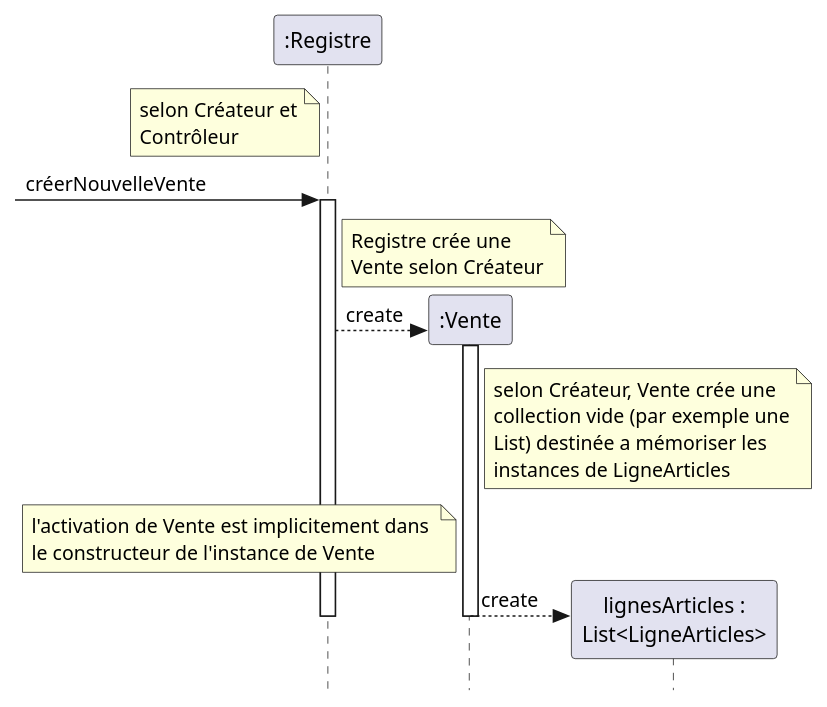
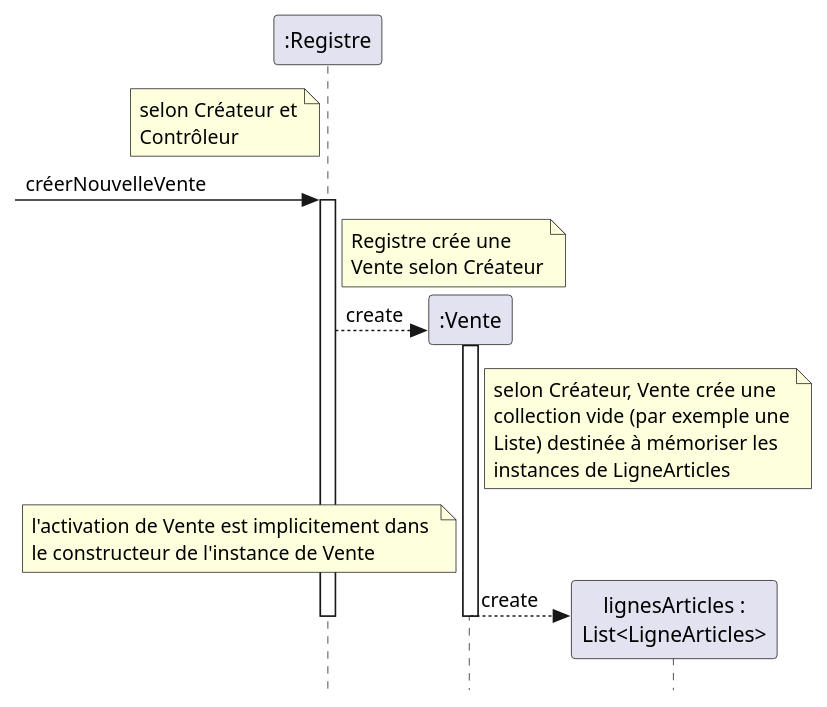
The third of 6 diagrams in Exercice_Coder_des_méthodes_des_DS.qmd (fuhrmanator/log210-ndc-quarto), drawn with PlantUML before and after one commit. The commit also changed other lines of this file and 2 other files, not shown here.

````diff
--- a/Exercice_Coder_des_méthodes_des_DS.qmd
+++ b/Exercice_Coder_des_méthodes_des_DS.qmd
@@ -76,30 +76,30 @@
     ```{.plantuml}
     @startuml
     skinparam style strictuml
     scale 1.0
     participant ":Registre" as r
     note left of r : selon Créateur et\nContrôleur
     ->r : créerNouvelleVente
     activate r
     note right of r : Registre crée une\nVente selon Créateur
     participant ":Vente" as s
     create s
     r-->s : create
     activate s
     note right of s
     selon Créateur, Vente crée une 
     collection vide (par exemple une
-    List) destinée a mémoriser les
+    Liste) destinée à mémoriser les
     instances de LigneArticles
     end note
     note left of s
     l'activation de Vente est implicitement dans 
     le constructeur de l'instance de Vente
     end note
     participant "lignesArticles :\nList<LigneArticles>" as li
     create li
     s-->li : create
     deactivate s
     deactivate r
     @enduml
     ```
````
